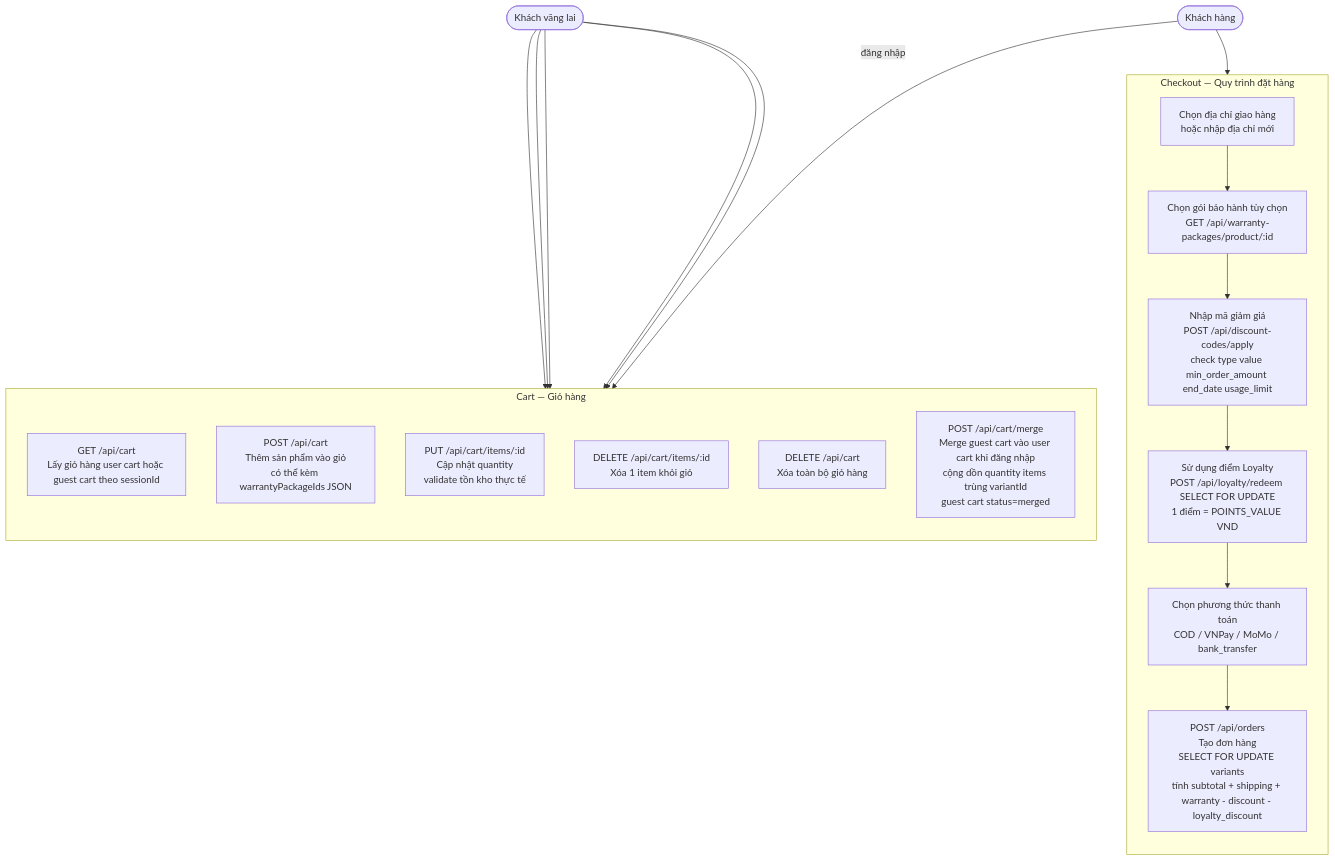
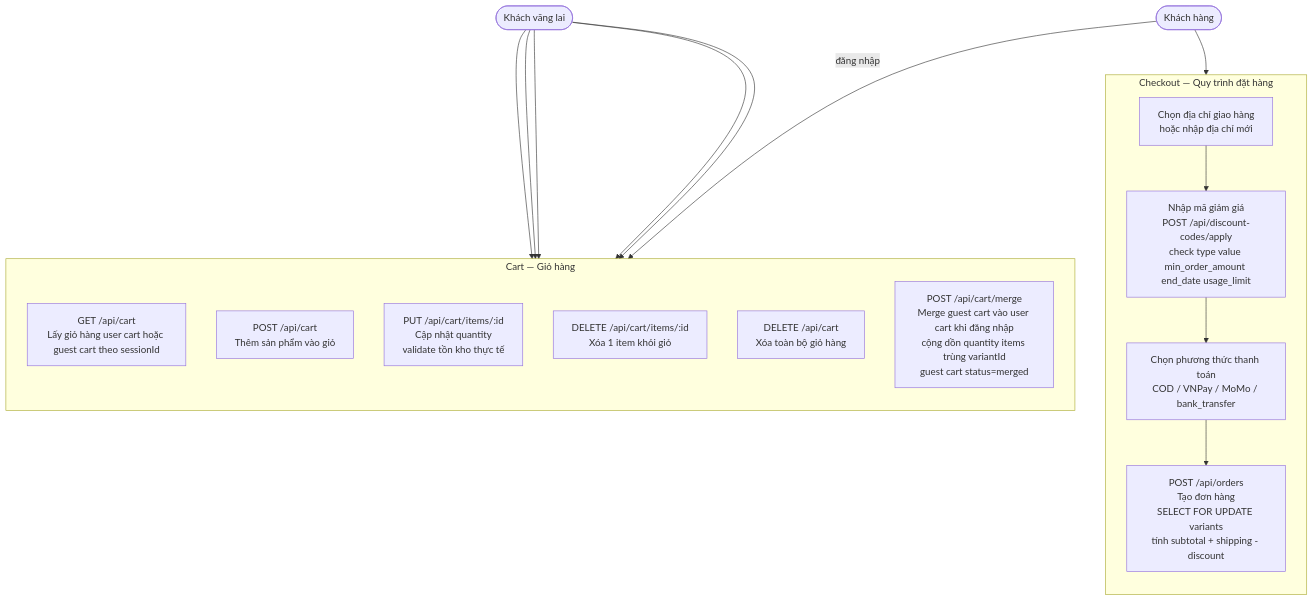
Before and after one commit to MinhThang1009/E-commerce-website: the fourth of 28 diagrams in DIAGRAMS.md, drawn with Mermaid. The commit also changed other lines of this file and 45 other files, not shown here.

First line of the commit message:
docs: cập nhật toàn bộ CLAUDE.md sau khi xóa loyalty/warranty/banner/news

````diff
--- a/DIAGRAMS.md
+++ b/DIAGRAMS.md
@@ -190,38 +184,34 @@
 ```mermaid
 flowchart TB
     Guest(["Khách vãng lai"])
     Customer(["Khách hàng"])
 
     subgraph CART["Cart — Giỏ hàng"]
         direction TB
         C1["GET /api/cart\nLấy giỏ hàng user cart hoặc guest cart theo sessionId"]
-        C2["POST /api/cart\nThêm sản phẩm vào giỏ\ncó thể kèm warrantyPackageIds JSON"]
+        C2["POST /api/cart\nThêm sản phẩm vào giỏ"]
         C3["PUT /api/cart/items/:id\nCập nhật quantity\nvalidate tồn kho thực tế"]
         C4["DELETE /api/cart/items/:id\nXóa 1 item khỏi giỏ"]
         C5["DELETE /api/cart\nXóa toàn bộ giỏ hàng"]
         C6["POST /api/cart/merge\nMerge guest cart vào user cart khi đăng nhập\ncộng dồn quantity items trùng variantId\nguest cart status=merged"]
     end
 
     subgraph CHECKOUT["Checkout — Quy trình đặt hàng"]
         direction TB
         D1["Chọn địa chỉ giao hàng\nhoặc nhập địa chỉ mới"]
-        D2["Chọn gói bảo hành tùy chọn\nGET /api/warranty-packages/product/:id"]
-        D3["Nhập mã giảm giá\nPOST /api/discount-codes/apply\ncheck type value min_order_amount end_date usage_limit"]
-        D4["Sử dụng điểm Loyalty\nPOST /api/loyalty/redeem SELECT FOR UPDATE\n1 điểm = POINTS_VALUE VND"]
-        D5["Chọn phương thức thanh toán\nCOD / VNPay / MoMo / bank_transfer"]
-        D6["POST /api/orders\nTạo đơn hàng\nSELECT FOR UPDATE variants\ntính subtotal + shipping + warranty - discount - loyalty_discount"]
+        D2["Nhập mã giảm giá\nPOST /api/discount-codes/apply\ncheck type value min_order_amount end_date usage_limit"]
+        D3["Chọn phương thức thanh toán\nCOD / VNPay / MoMo / bank_transfer"]
+        D4["POST /api/orders\nTạo đơn hàng\nSELECT FOR UPDATE variants\ntính subtotal + shipping - discount"]
         D1 --> D2
         D2 --> D3
         D3 --> D4
-        D4 --> D5
-        D5 --> D6
     end
 
     Guest --> C1
     Guest --> C2
     Guest --> C3
     Guest --> C4
     Guest --> C5
     Customer -->|đăng nhập| C6
     Customer --> CHECKOUT
 ```
````
